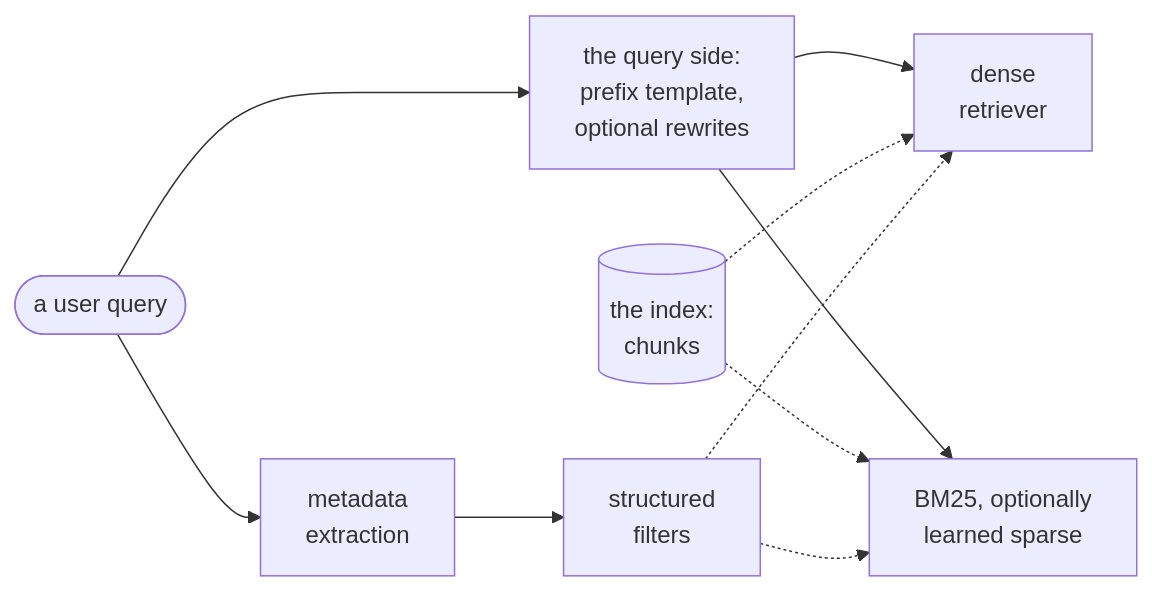
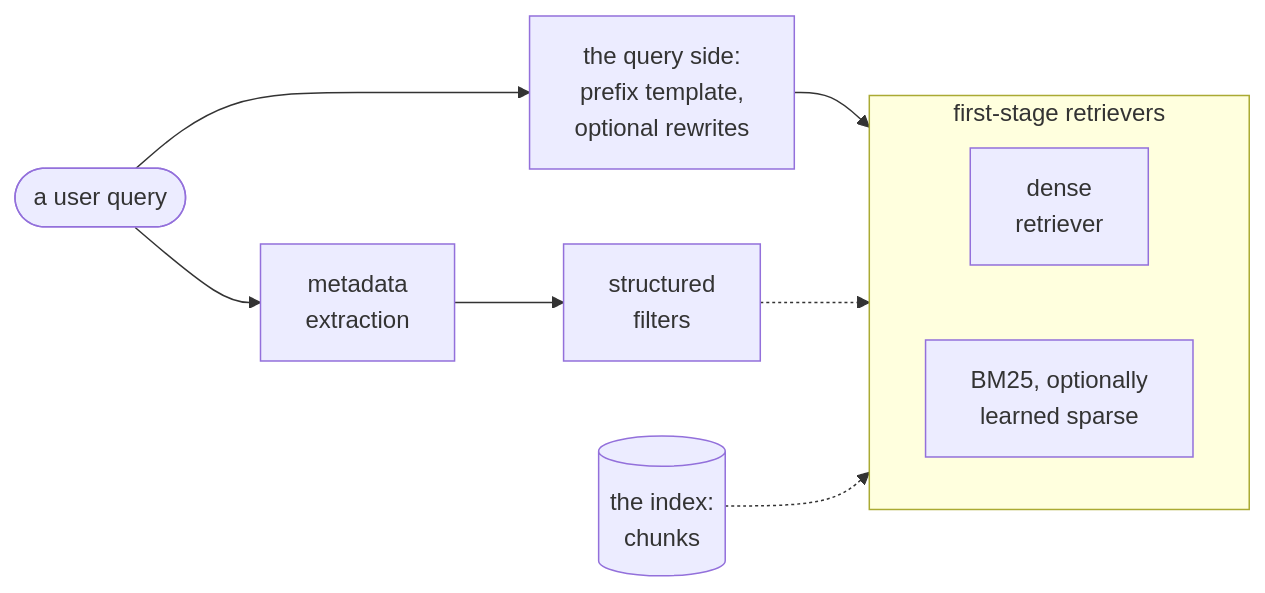
Before and after one commit to aniryou/full-stack-agentic-engineer: the first of 2 diagrams in 07-application-agent-framework/retrieval-rag/embeddings-lab/docs/primer.md, drawn with Mermaid. The commit also changed other lines of this file and 211 other files, not shown here.

````diff
--- a/07-application-agent-framework/retrieval-rag/embeddings-lab/docs/primer.md
+++ b/07-application-agent-framework/retrieval-rag/embeddings-lab/docs/primer.md
@@ -468,13 +476,15 @@
 ```mermaid
 flowchart LR
   Q([a user query]) --> T["the query side:<br/>prefix template,<br/>optional rewrites"]
   Q --> X["metadata<br/>extraction"]
   X --> FL["structured<br/>filters"]
   CH[("the index:<br/>chunks")]
-  T --> DE["dense<br/>retriever"]
-  T --> BM["BM25, optionally<br/>learned sparse"]
-  CH -.-> DE
-  CH -.-> BM
-  FL -.-> DE
-  FL -.-> BM
+  subgraph R [first-stage retrievers]
+    direction LR
+    DE["dense<br/>retriever"]
+    BM["BM25, optionally<br/>learned sparse"]
+  end
+  T --> R
+  FL -.-> R
+  CH -.-> R
 ```
````
